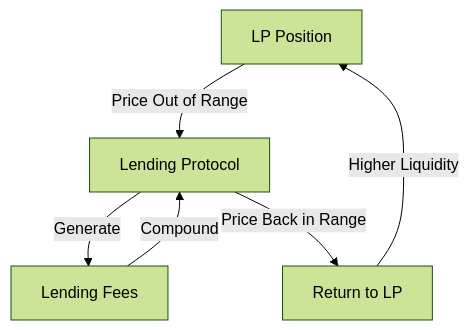
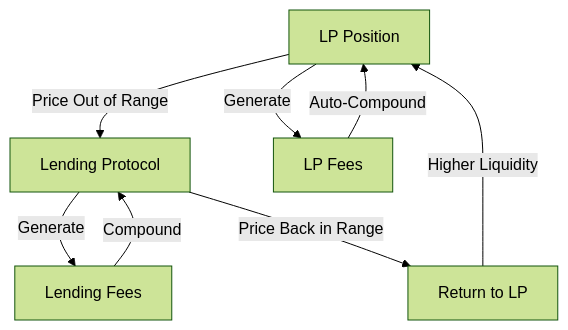
Before and after one commit to Delioos/atrium: the fifth of 5 diagrams in docs/architecture.md, drawn with Mermaid (forest theme). The commit also changed other lines of this file and 2 other files, not shown here.

````diff
--- a/docs/architecture.md
+++ b/docs/architecture.md
@@ -59,8 +78,10 @@
 ```mermaid
 graph TD
     A[LP Position] -->|Price Out of Range| B[Lending Protocol]
     B -->|Generate| C[Lending Fees]
     C -->|Compound| B
     B -->|Price Back in Range| D[Return to LP]
     D -->|Higher Liquidity| A
+    A -->|Generate| E[LP Fees]
+    E -->|Auto-Compound| A
 ```
````
